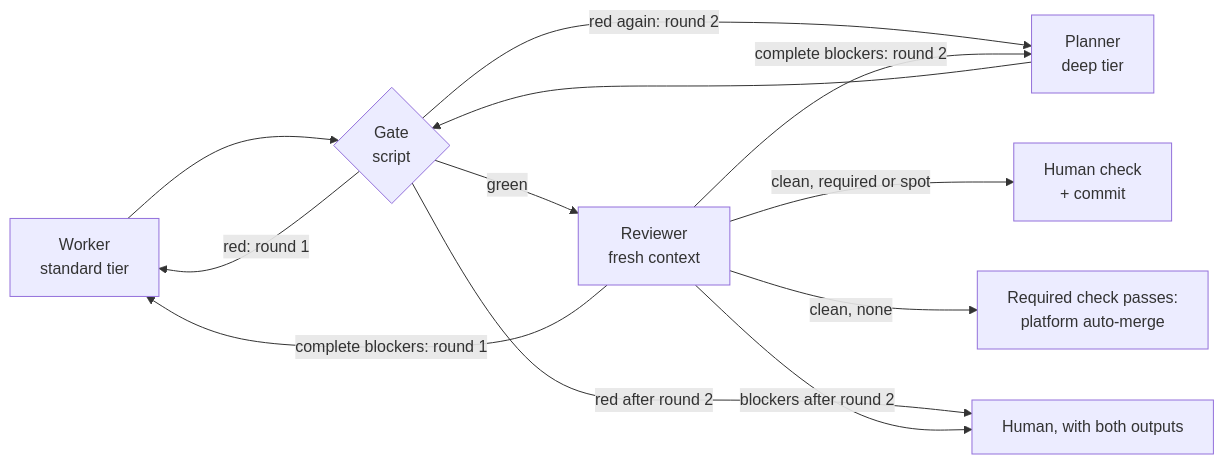
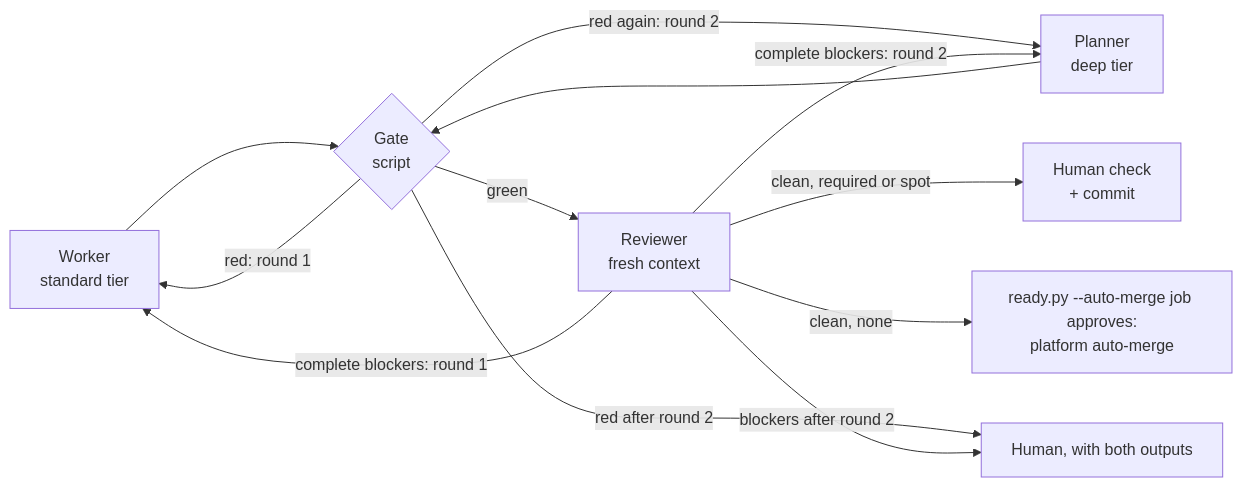
The diagram in kit/docs/review-loop.md (natsaros7/specter), drawn with Mermaid before and after one commit. The commit also changed other lines of this file and 13 other files, not shown here.

````diff
--- a/kit/docs/review-loop.md
+++ b/kit/docs/review-loop.md
@@ -7,14 +7,14 @@
 ```mermaid
 flowchart LR
   W[Worker<br/>standard tier] --> G{Gate<br/>script}
   G -- "red: round 1" --> W
   G -- "red again: round 2" --> P[Planner<br/>deep tier]
   P --> G
   G -- green --> R[Reviewer<br/>fresh context]
   R -- "complete blockers: round 1" --> W
   R -- "complete blockers: round 2" --> P
   R -- "clean, required or spot" --> C[Human check<br/>+ commit]
-  R -- "clean, none" --> A[Required check passes:<br/>platform auto-merge]
+  R -- "clean, none" --> A[ready.py --auto-merge job approves:<br/>platform auto-merge]
   G -- "red after round 2" --> H[Human, with both outputs]
   R -- "blockers after round 2" --> H
 ```
````
